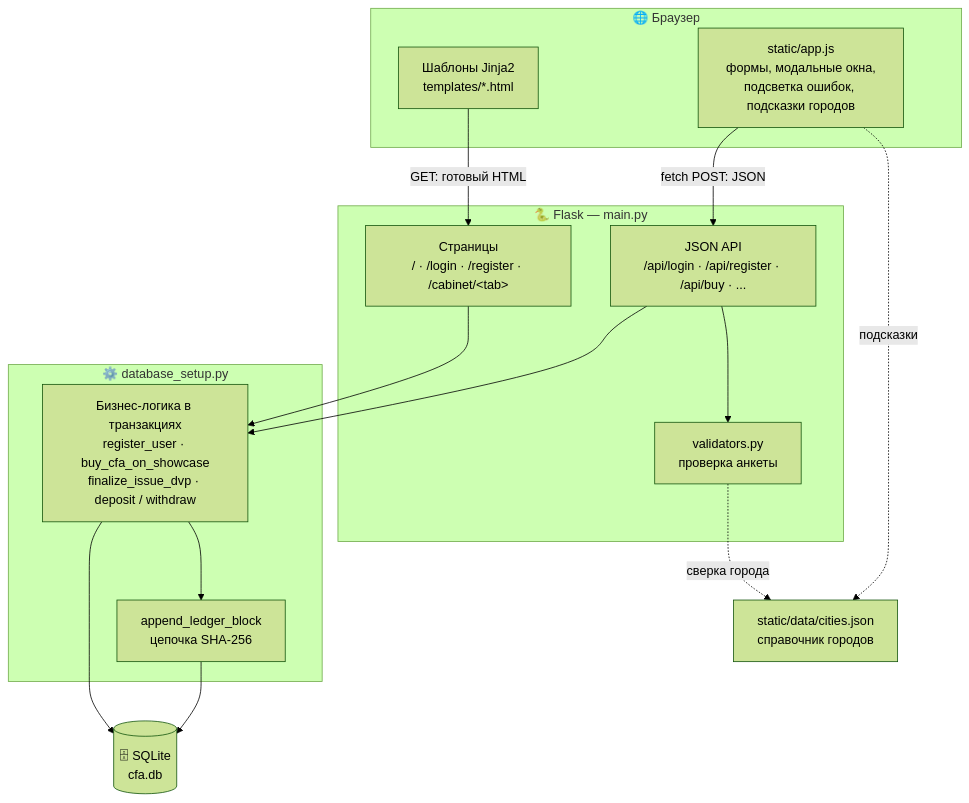
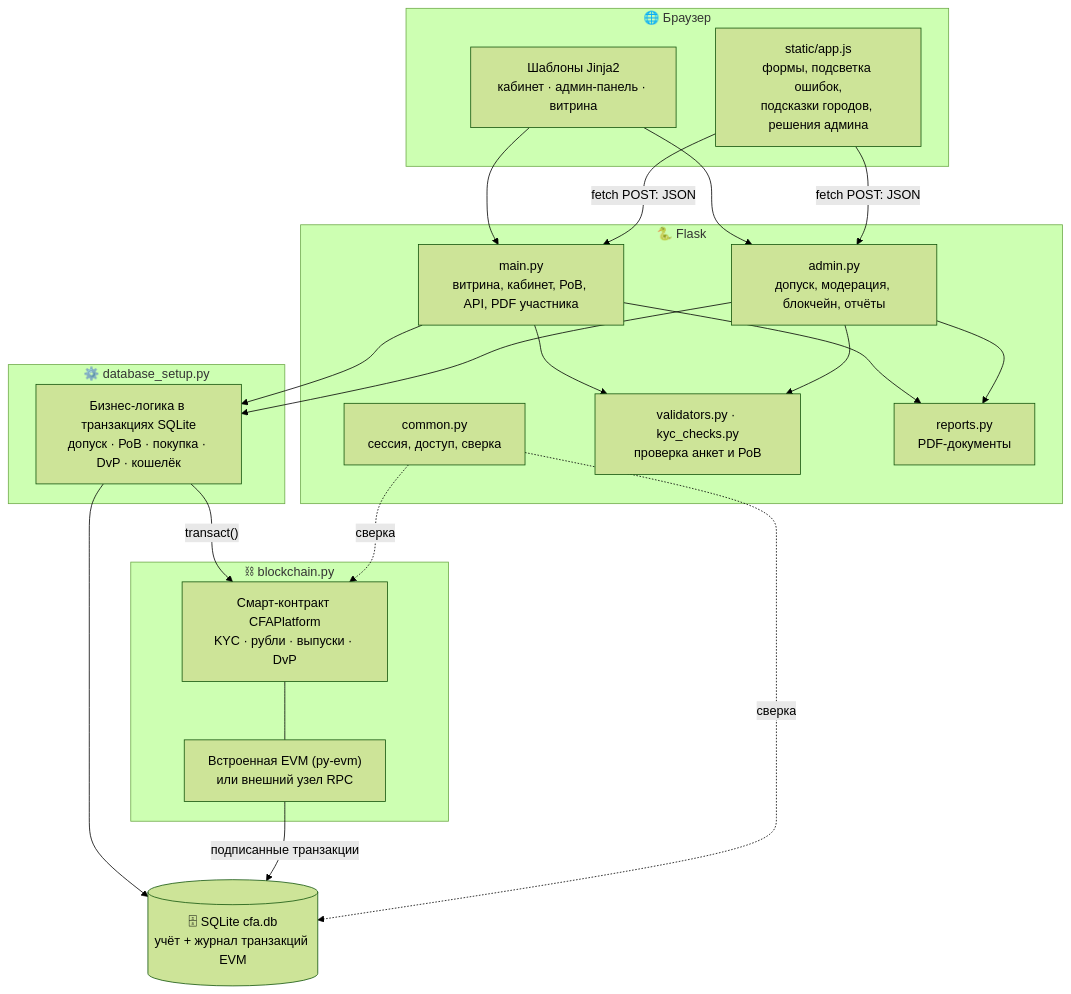
The first of 6 diagrams in README.md (KISEL4KO/VTB_Hack), drawn with Mermaid (forest theme) before and after one commit. The commit also changed other lines of this file and 58 other files, not shown here.

First line of the commit message:
Админ-панель, Решение о выпуске, PDF-отчёты и лёгкий EVM-блокчейн

````diff
--- a/README.md
+++ b/README.md
@@ -206,32 +256,43 @@
 ```mermaid
 flowchart TB
     subgraph Browser["🌐 Браузер"]
-        HTML["Шаблоны Jinja2<br/>templates/*.html"]
-        JS["static/app.js<br/>формы, модальные окна,<br/>подсветка ошибок, подсказки городов"]
+        HTML["Шаблоны Jinja2<br/>кабинет · админ-панель · витрина"]
+        JS["static/app.js<br/>формы, подсветка ошибок,<br/>подсказки городов, решения админа"]
     end
 
-    subgraph Server["🐍 Flask — main.py"]
-        Pages["Страницы<br/>/ · /login · /register · /cabinet/&lt;tab&gt;"]
-        API["JSON API<br/>/api/login · /api/register · /api/buy · ..."]
-        Val["validators.py<br/>проверка анкеты"]
+    subgraph Server["🐍 Flask"]
+        Main["main.py<br/>витрина, кабинет, РоВ, API, PDF участника"]
+        Admin["admin.py<br/>допуск, модерация, блокчейн, отчёты"]
+        Common["common.py<br/>сессия, доступ, сверка"]
+        Val["validators.py · kyc_checks.py<br/>проверка анкет и РоВ"]
+        Rep["reports.py<br/>PDF-документы"]
     end
 
     subgraph Logic["⚙️ database_setup.py"]
-        BL["Бизнес-логика в транзакциях<br/>register_user · buy_cfa_on_showcase<br/>finalize_issue_dvp · deposit / withdraw"]
-        Ledger["append_ledger_block<br/>цепочка SHA-256"]
+        BL["Бизнес-логика в транзакциях SQLite<br/>допуск · РоВ · покупка · DvP · кошелёк"]
     end
 
-    DB[("🗄 SQLite<br/>cfa.db")]
-    Cities["static/data/cities.json<br/>справочник городов"]
+    subgraph Chain["⛓ blockchain.py"]
+        EVM["Встроенная EVM (py-evm)<br/>или внешний узел RPC"]
+        SC["Смарт-контракт CFAPlatform<br/>KYC · рубли · выпуски · DvP"]
+    end
 
-    HTML -- "GET: готовый HTML" --> Pages
-    JS -- "fetch POST: JSON" --> API
-    API --> Val
-    Val -. "сверка города" .-> Cities
-    JS -. "подсказки" .-> Cities
-    Pages --> BL
-    API --> BL
-    BL --> Ledger
+    DB[("🗄 SQLite cfa.db<br/>учёт + журнал транзакций EVM")]
+
+    HTML --> Main
+    HTML --> Admin
+    JS -- "fetch POST: JSON" --> Main
+    JS -- "fetch POST: JSON" --> Admin
+    Main --> Val
+    Admin --> Val
+    Main --> Rep
+    Admin --> Rep
+    Main --> BL
+    Admin --> BL
     BL --> DB
-    Ledger --> DB
+    BL -- "transact()" --> SC
+    SC --- EVM
+    EVM -- "подписанные транзакции" --> DB
+    Common -. "сверка" .-> SC
+    Common -. "сверка" .-> DB
 ```
````
